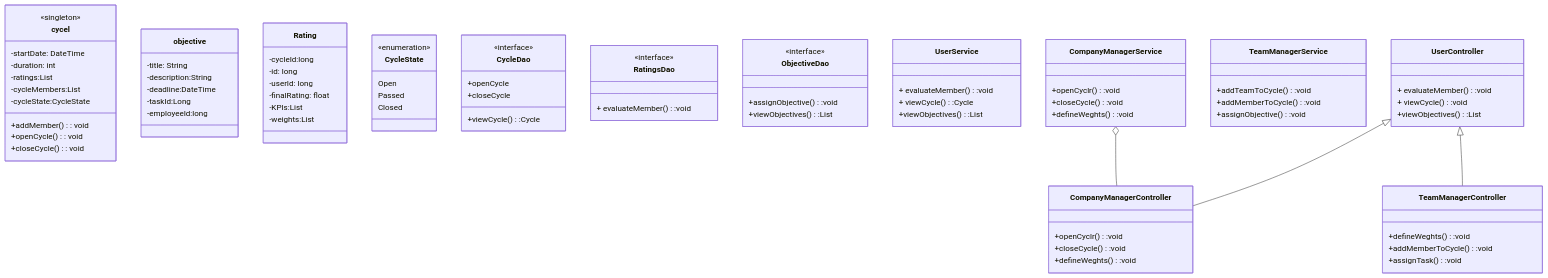
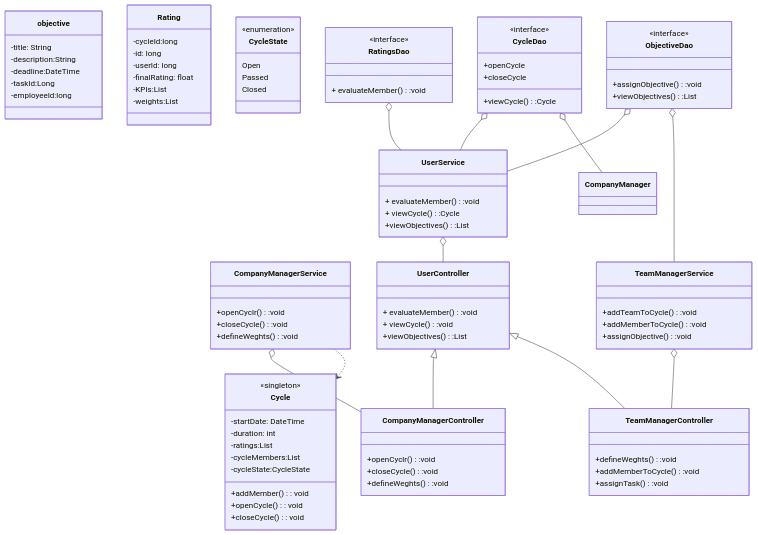
Before and after one commit to wrak-fra5-belbasalla7mar/.github: the fifth of 7 diagrams in README.md, drawn with Mermaid. The commit also changed other lines of this file, not shown here.

````diff
--- a/README.md
+++ b/README.md
@@ -198,6 +200,6 @@
 ```mermaid
 classDiagram
-class cycel{
+class Cycle{
 <<singleton>>
 -startDate: DateTime
 -duration: int 
@@ -279,4 +281,15 @@
 UserController <|--CompanyManagerController
 UserController <|--TeamManagerController
 CompanyManagerService o-- CompanyManagerController
+UserService o-- UserController
+TeamManagerService o-- TeamManagerController
+CycleDao o-- UserService
+RatingsDao o-- UserService
+ObjectiveDao o-- UserService
+ObjectiveDao o-- TeamManagerService
+CycleDao o-- CompanyManager
+CompanyManagerService ..>Cycle
+
+
+
 ```
````
